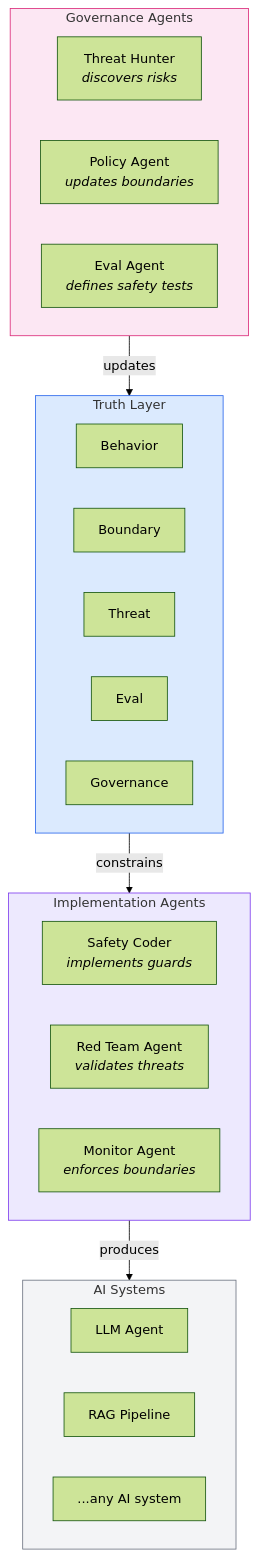
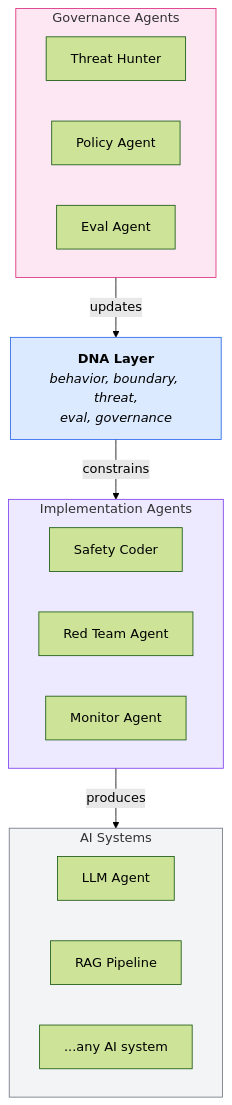
Before and after one commit to panbanda/dna: the second of 2 diagrams in README.md, drawn with Mermaid (forest theme). The commit also changed other lines of this file, not shown here.

Commit message:
docs: simplify diagrams with abbreviated DNA layer

````diff
--- a/README.md
+++ b/README.md
@@ -111,37 +99,31 @@
 ```mermaid
 flowchart TB
     subgraph discovery["Governance Agents"]
-        threat_hunter["Threat Hunter<br/><i>discovers risks</i>"]
-        policy["Policy Agent<br/><i>updates boundaries</i>"]
-        eval_agent["Eval Agent<br/><i>defines safety tests</i>"]
+        threat_hunter["Threat Hunter"]
+        policy["Policy Agent"]
+        eval_agent["Eval Agent"]
     end
 
-    subgraph truth["Truth Layer"]
-        behavior["Behavior"]
-        boundary["Boundary"]
-        threat["Threat"]
-        eval["Eval"]
-        governance["Governance"]
-    end
+    dna["<b>DNA Layer</b><br/><i>behavior, boundary, threat,<br/>eval, governance</i>"]
 
     subgraph coding["Implementation Agents"]
-        safety_coder["Safety Coder<br/><i>implements guards</i>"]
-        red_team["Red Team Agent<br/><i>validates threats</i>"]
-        monitor_agent["Monitor Agent<br/><i>enforces boundaries</i>"]
+        safety_coder["Safety Coder"]
+        red_team["Red Team Agent"]
+        monitor_agent["Monitor Agent"]
     end
 
     subgraph impl["AI Systems"]
         impl1["LLM Agent"]
         impl2["RAG Pipeline"]
         impl3["...any AI system"]
     end
 
-    discovery -->|"updates"| truth
-    truth -->|"constrains"| coding
+    discovery -->|"updates"| dna
+    dna -->|"constrains"| coding
     coding -->|"produces"| impl
 
     style discovery fill:#fce7f3,stroke:#db2777
-    style truth fill:#dbeafe,stroke:#2563eb
+    style dna fill:#dbeafe,stroke:#2563eb
     style coding fill:#ede9fe,stroke:#7c3aed
     style impl fill:#f3f4f6,stroke:#6b7280
 ```
````
